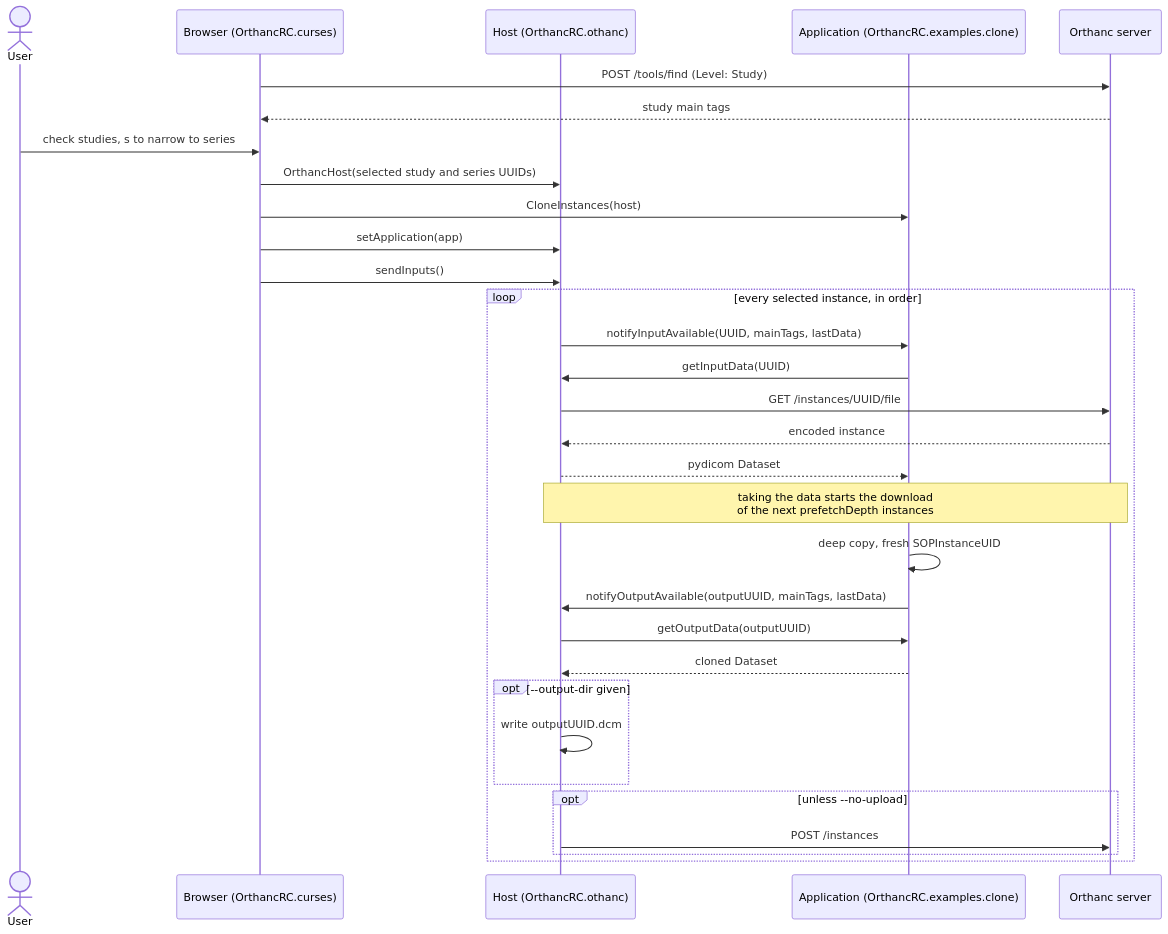
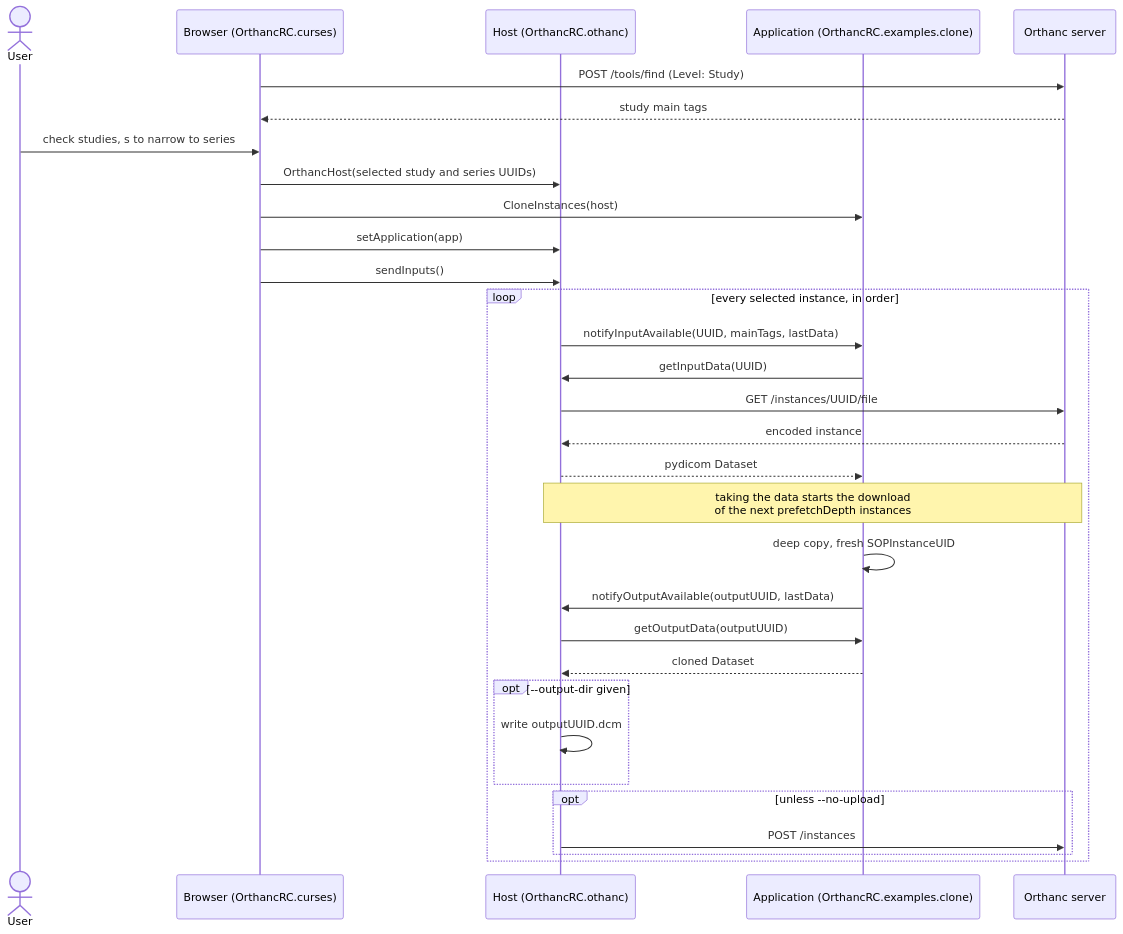
Before and after one commit to retsil/Orthanc-Restful-Chooser: the second of 2 diagrams in readme.md, drawn with Mermaid. The commit also changed other lines of this file and 9 other files, not shown here.

First line of the commit message:
Drop mainTags from notifyOutputAvailable; add requirements.txt and setup.py

````diff
--- a/readme.md
+++ b/readme.md
@@ -239,35 +241,35 @@
 ```mermaid
 sequenceDiagram
     actor User
     participant B as Browser (OrthancRC.curses)
     participant H as Host (OrthancRC.othanc)
     participant A as Application (OrthancRC.examples.clone)
     participant O as Orthanc server
 
     B->>O: POST /tools/find (Level: Study)
     O-->>B: study main tags
     User->>B: check studies, s to narrow to series
     B->>H: OrthancHost(selected study and series UUIDs)
     B->>A: CloneInstances(host)
     B->>H: setApplication(app)
     B->>H: sendInputs()
 
     loop every selected instance, in order
         H->>A: notifyInputAvailable(UUID, mainTags, lastData)
         A->>H: getInputData(UUID)
         H->>O: GET /instances/UUID/file
         O-->>H: encoded instance
         H-->>A: pydicom Dataset
         Note over H,O: taking the data starts the download<br/>of the next prefetchDepth instances
         A->>A: deep copy, fresh SOPInstanceUID
-        A->>H: notifyOutputAvailable(outputUUID, mainTags, lastData)
+        A->>H: notifyOutputAvailable(outputUUID, lastData)
         H->>A: getOutputData(outputUUID)
         A-->>H: cloned Dataset
         opt --output-dir given
             H->>H: write outputUUID.dcm
         end
         opt unless --no-upload
             H->>O: POST /instances
         end
     end
 ```
````
